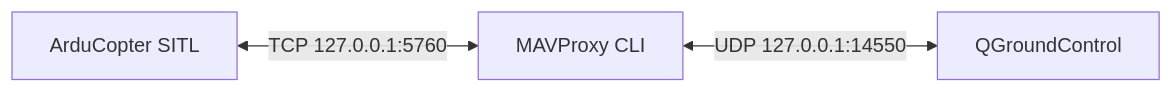
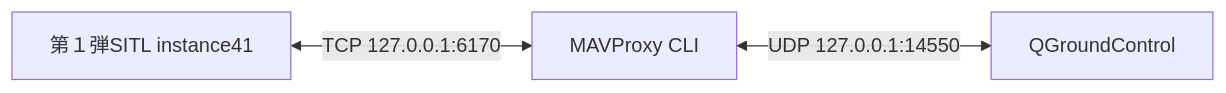
The diagram in sitl/guides/visualization.md (m8k8/drone-docs), drawn with Mermaid before and after one commit. The commit also changed other lines of this file and 10 other files, not shown here.

````diff
--- a/sitl/guides/visualization.md
+++ b/sitl/guides/visualization.md
@@ -23,5 +63,5 @@
 ```mermaid
 flowchart LR
-    SITL[ArduCopter SITL] <-->|TCP 127.0.0.1:5760| MAVProxy[MAVProxy CLI]
+    SITL[第１弾SITL instance41] <-->|TCP 127.0.0.1:6170| MAVProxy[MAVProxy CLI]
     MAVProxy <-->|UDP 127.0.0.1:14550| QGC[QGroundControl]
 ```
````
